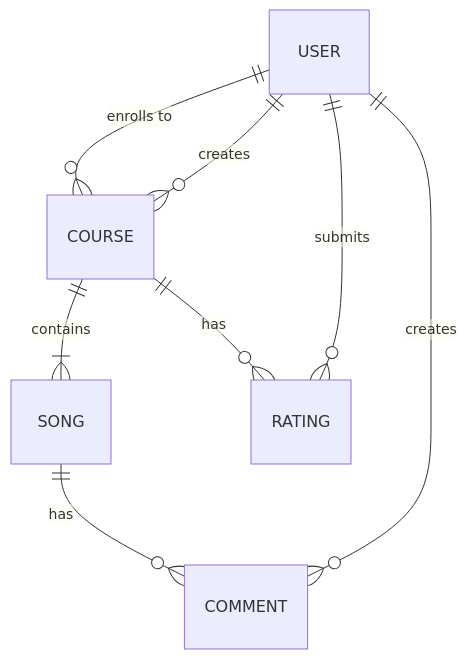
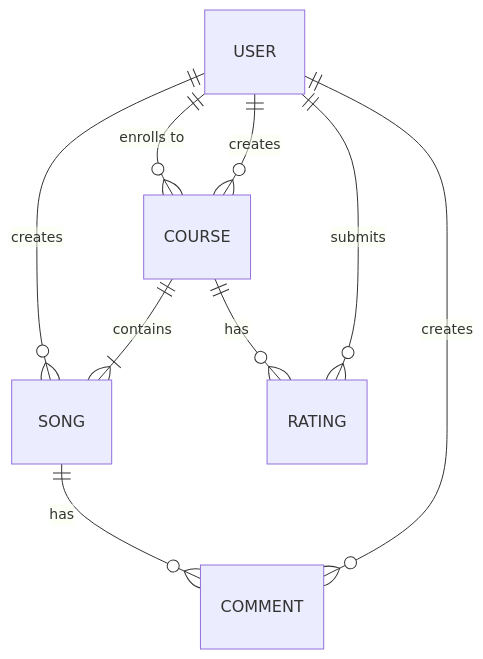
The first of 2 diagrams in README.md (ronaldescobar-u/the-musicians-path), drawn with Mermaid before and after one commit.

Commit message:
Added user creates song

````diff
--- a/README.md
+++ b/README.md
@@ -35,10 +35,11 @@
 ```mermaid
 erDiagram
     USER ||--o{ COURSE : "enrolls to"
+    USER ||--o{ SONG : "creates"
     COURSE ||--|{ SONG : contains
     SONG ||--o{ COMMENT : "has"
     USER ||--o{ COMMENT : creates
     USER ||--o{ COURSE : creates
     COURSE ||--o{ RATING : has
     USER ||--o{ RATING : submits
 ```
````
